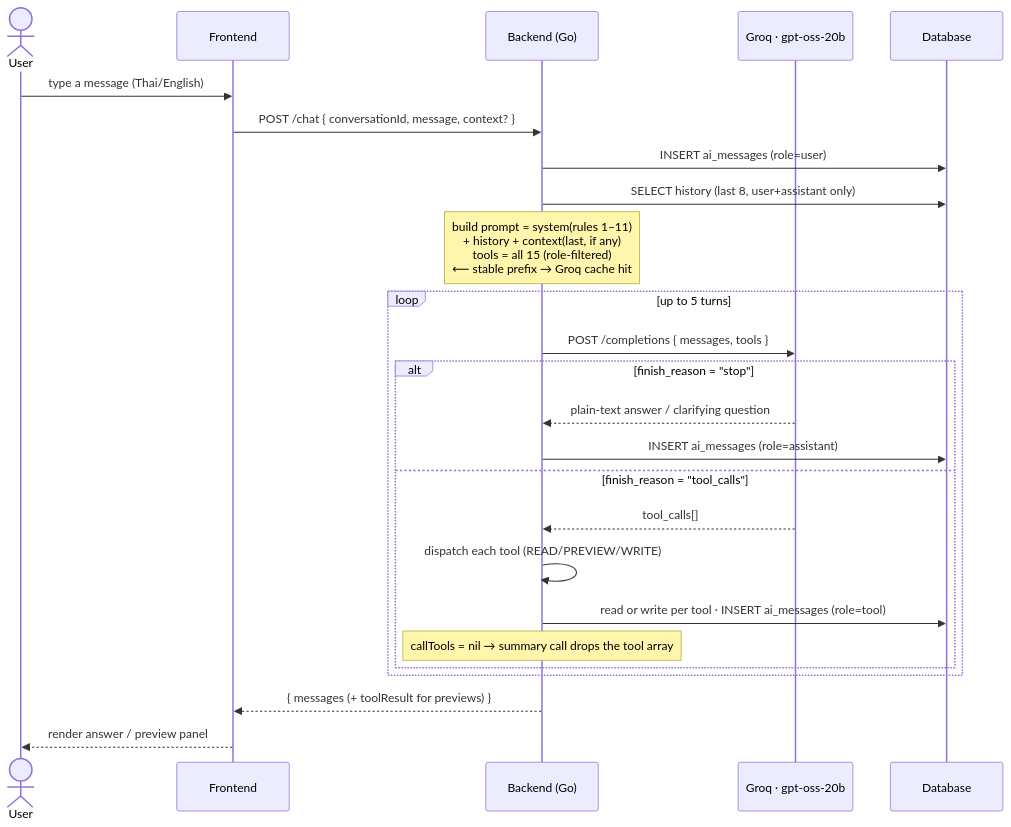
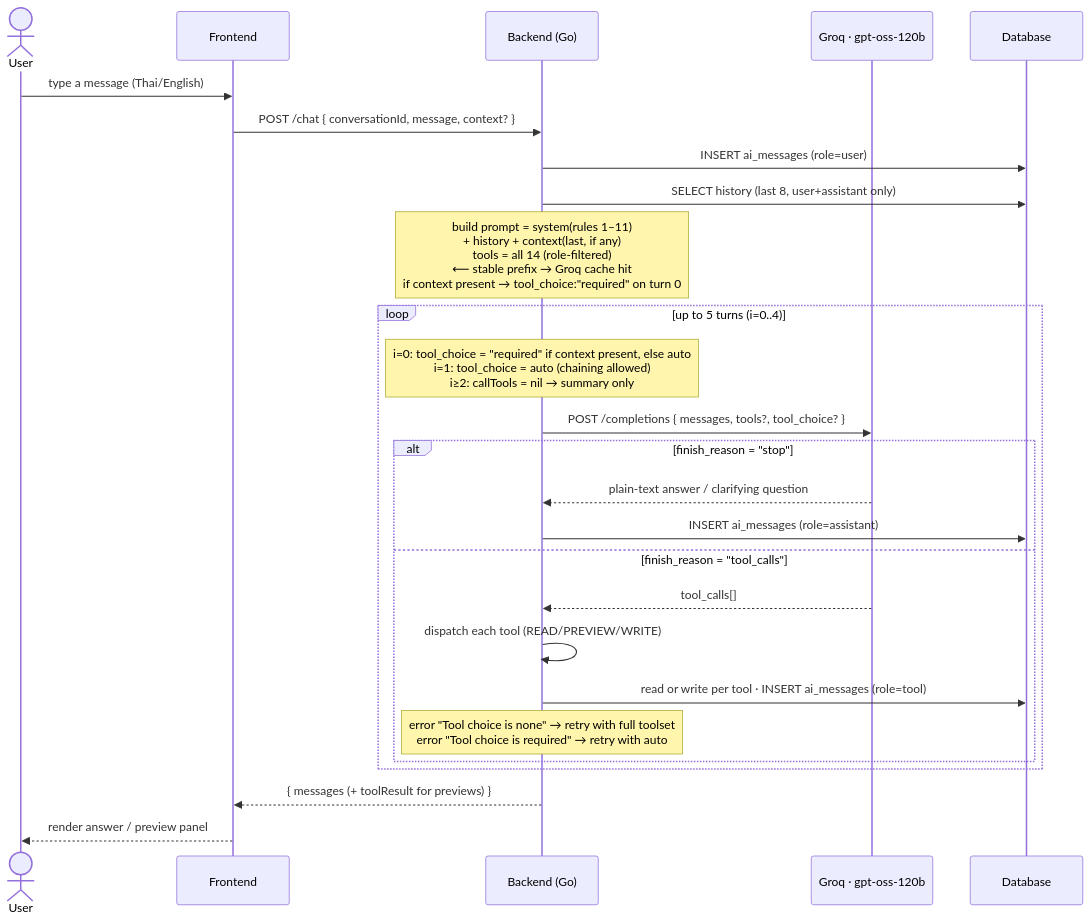
Before and after one commit to pepegummo/Project-Dashboard: the first of 3 diagrams in docs/ai-workflow.md, drawn with Mermaid. The commit also changed other lines of this file and 4 other files, not shown here.

````diff
--- a/docs/ai-workflow.md
+++ b/docs/ai-workflow.md
@@ -52,30 +63,31 @@
 ```mermaid
 sequenceDiagram
     actor U as User
     participant FE as Frontend
     participant BE as Backend (Go)
-    participant Groq as Groq · gpt-oss-20b
+    participant Groq as Groq · gpt-oss-120b
     participant DB as Database
 
     U->>FE: type a message (Thai/English)
     FE->>BE: POST /chat { conversationId, message, context? }
     BE->>DB: INSERT ai_messages (role=user)
     BE->>DB: SELECT history (last 8, user+assistant only)
-    note over BE: build prompt = system(rules 1–11)<br/>+ history + context(last, if any)<br/>tools = all 15 (role-filtered)<br/>⟵ stable prefix → Groq cache hit
+    note over BE: build prompt = system(rules 1–11)<br/>+ history + context(last, if any)<br/>tools = all 14 (role-filtered)<br/>⟵ stable prefix → Groq cache hit<br/>if context present → tool_choice:"required" on turn 0
 
-    loop up to 5 turns
-        BE->>Groq: POST /completions { messages, tools }
+    loop up to 5 turns (i=0..4)
+        note over BE: i=0: tool_choice = "required" if context present, else auto<br/>i=1: tool_choice = auto (chaining allowed)<br/>i≥2: callTools = nil → summary only
+        BE->>Groq: POST /completions { messages, tools?, tool_choice? }
         alt finish_reason = "stop"
             Groq-->>BE: plain-text answer / clarifying question
             BE->>DB: INSERT ai_messages (role=assistant)
         else finish_reason = "tool_calls"
             Groq-->>BE: tool_calls[]
             BE->>BE: dispatch each tool (READ/PREVIEW/WRITE)
             BE->>DB: read or write per tool · INSERT ai_messages (role=tool)
-            note over BE: callTools = nil → summary call drops the tool array
+            note over BE: error "Tool choice is none" → retry with full toolset<br/>error "Tool choice is required" → retry with auto
         end
     end
 
     BE-->>FE: { messages (+ toolResult for previews) }
     FE-->>U: render answer / preview panel
 ```
````
